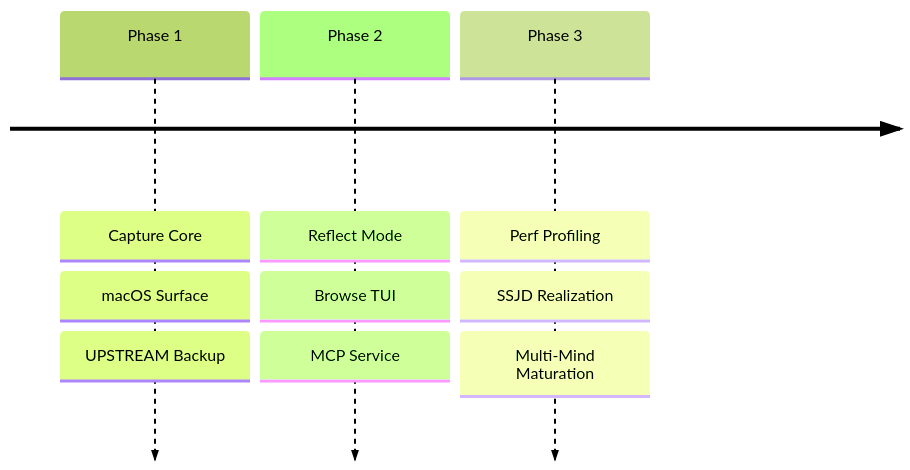
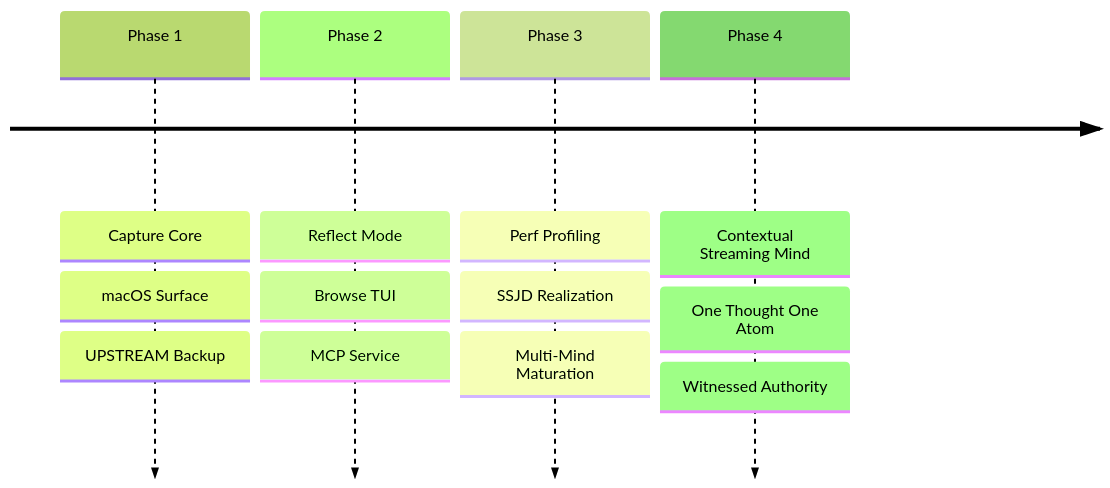
Before and after one commit to flyingrobots/think: the diagram in docs/BEARING.md, drawn with Mermaid (forest theme). The commit also changed other lines of this file and 9 other files, not shown here.

Commit message:
docs: plan contextual streaming mind delivery

````diff
--- a/docs/BEARING.md
+++ b/docs/BEARING.md
@@ -5,6 +5,7 @@
 ```mermaid
 timeline
     Phase 1 : Capture Core : macOS Surface : UPSTREAM Backup
     Phase 2 : Reflect Mode : Browse TUI : MCP Service
     Phase 3 : Perf Profiling : SSJD Realization : Multi-Mind Maturation
+    Phase 4 : Contextual Streaming Mind : One Thought One Atom : Witnessed Authority
 ```
````
